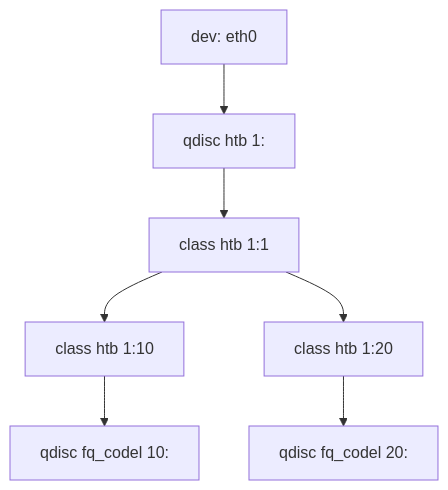
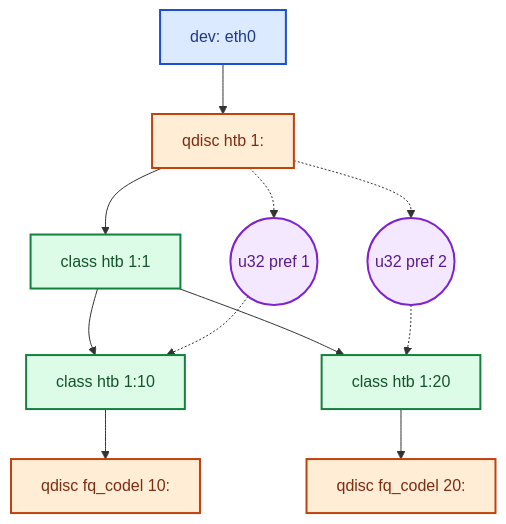
One commit to thibaultleblanc/tc-visualizer changed the diagram in docs/tc-basics.md. Above: the diagram before and after it, drawn with Mermaid. The commit also changed other lines of this file and 1 other file, not shown here.

````diff
--- a/docs/tc-basics.md
+++ b/docs/tc-basics.md
@@ -23,9 +28,24 @@
 ```mermaid
 graph TD
   A[dev: eth0] --> B[qdisc htb 1:]
   B --> C[class htb 1:1]
   C --> D[class htb 1:10]
   D --> E[qdisc fq_codel 10:]
   C --> F[class htb 1:20]
   F --> G[qdisc fq_codel 20:]
+
+  B -.-> H((u32 pref 1))
+  H -.-> D
+  B -.-> I((u32 pref 2))
+  I -.-> F
+
+  classDef eth fill:#dbeafe,stroke:#1d4ed8,stroke-width:2px,color:#1e3a8a;
+  classDef qdisc fill:#ffedd5,stroke:#c2410c,stroke-width:2px,color:#7c2d12;
+  classDef tcclass fill:#dcfce7,stroke:#15803d,stroke-width:2px,color:#14532d;
+  classDef filter fill:#f3e8ff,stroke:#7e22ce,stroke-width:2px,color:#581c87;
+
+  class A eth;
+  class B,E,G qdisc;
+  class C,D,F tcclass;
+  class H,I filter;
 ```
````
